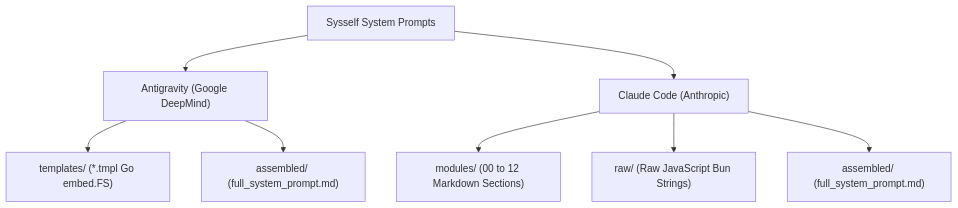
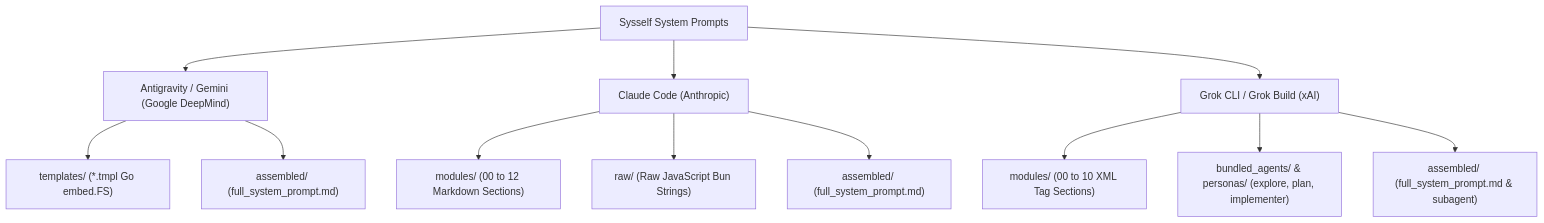
The diagram in prompts/README.md (yuatemycat/Sysself), drawn with Mermaid before and after one commit. The commit also changed other lines of this file and 31 other files, not shown here.

Commit message:
feat: add xAI Grok CLI system prompts, personas, and extractor

````diff
--- a/prompts/README.md
+++ b/prompts/README.md
@@ -5,12 +5,17 @@
 ```mermaid
 graph TD
-    A["Sysself System Prompts"] --> B["Antigravity (Google DeepMind)"]
+    A["Sysself System Prompts"] --> B["Antigravity / Gemini (Google DeepMind)"]
     A --> C["Claude Code (Anthropic)"]
+    A --> D["Grok CLI / Grok Build (xAI)"]
     
     B --> B1["templates/ (*.tmpl Go embed.FS)"]
     B --> B2["assembled/ (full_system_prompt.md)"]
     
     C --> C1["modules/ (00 to 12 Markdown Sections)"]
     C --> C2["raw/ (Raw JavaScript Bun Strings)"]
     C --> C3["assembled/ (full_system_prompt.md)"]
+
+    D --> D1["modules/ (00 to 10 XML Tag Sections)"]
+    D --> D2["bundled_agents/ & personas/ (explore, plan, implementer)"]
+    D --> D3["assembled/ (full_system_prompt.md & subagent)"]
 ```
````
